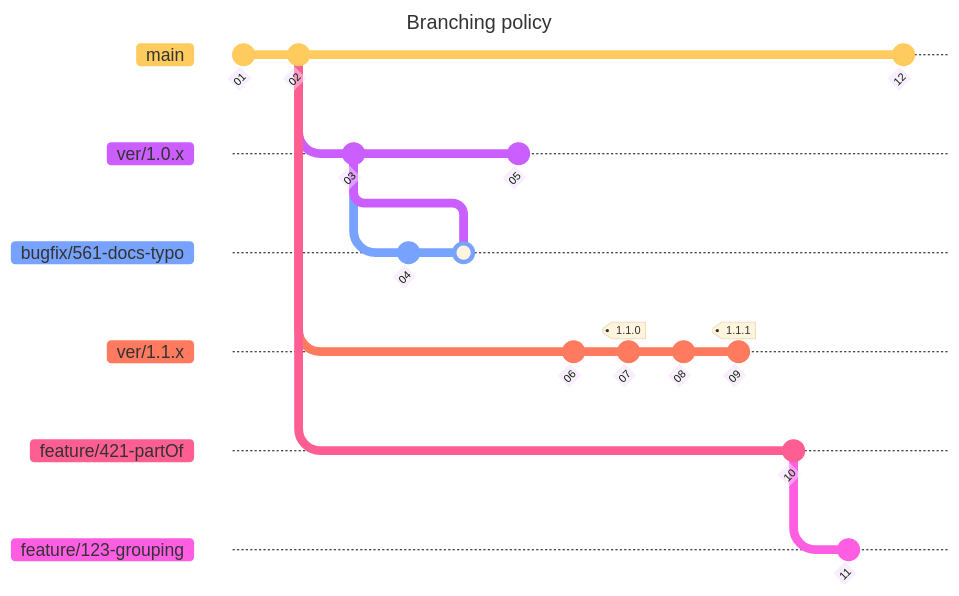
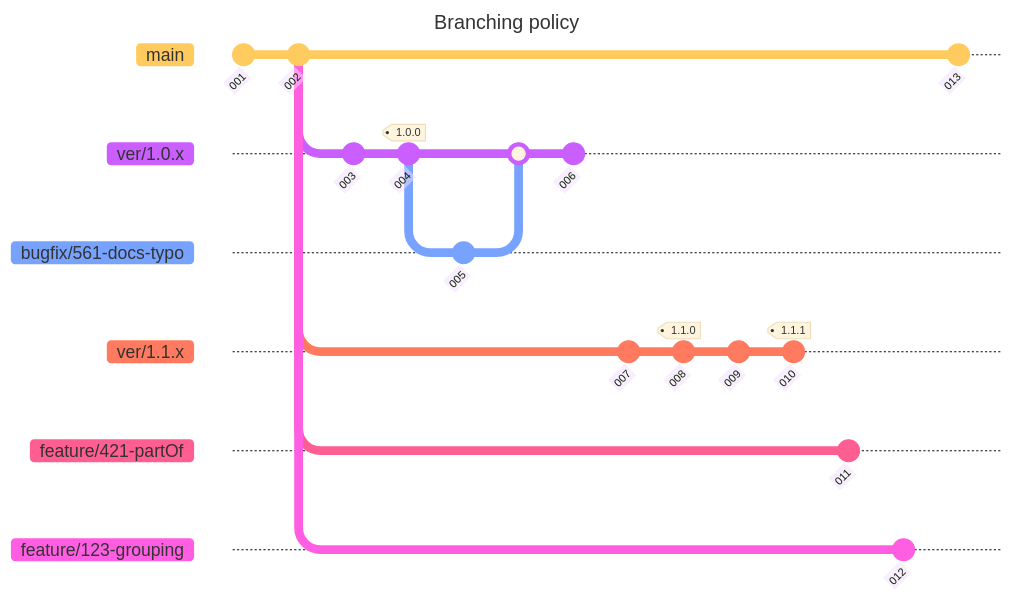
Before and after one commit to buildingSMART/template: the diagram in .github/BRANCHING.md, drawn with Mermaid. The commit also changed other lines of this file and 2 other files, not shown here.

````diff
--- a/.github/BRANCHING.md
+++ b/.github/BRANCHING.md
@@ -15,35 +16,37 @@
 ```mermaid
 ---
 title: Branching policy
 config:
   theme: 'base'
 ---
 gitGraph
-   commit id: "01"
-   commit id: "02"
+   commit id: "001"
+   commit id: "002"
    branch ver/1.0.x
    checkout ver/1.0.x
-   commit id: "03"
+   commit id: "003"
+   commit id: "004" tag: "1.0.0"
    branch bugfix/561-docs-typo
    checkout bugfix/561-docs-typo
-   commit id: "04"
-   merge ver/1.0.x
+   commit id: "005"
    checkout ver/1.0.x
-   commit id: "05"
+   merge bugfix/561-docs-typo
+   commit id: "006"
    checkout main
    branch ver/1.1.x 
    checkout ver/1.1.x 
-   commit id: "06"
-   commit id: "07" tag: "1.1.0"
-   commit id: "08"
-   commit id: "09" tag: "1.1.1"
+   commit id: "007"
+   commit id: "008" tag: "1.1.0"
+   commit id: "009"
+   commit id: "010" tag: "1.1.1"
    checkout main
    branch feature/421-partOf
    checkout feature/421-partOf
-   commit id: "10"
+   commit id: "011"
+   checkout main
    branch feature/123-grouping
    checkout feature/123-grouping
-   commit id: "11"
+   commit id: "012"
    checkout main   
-   commit id: "12"
+   commit id: "013"
 ```
````
